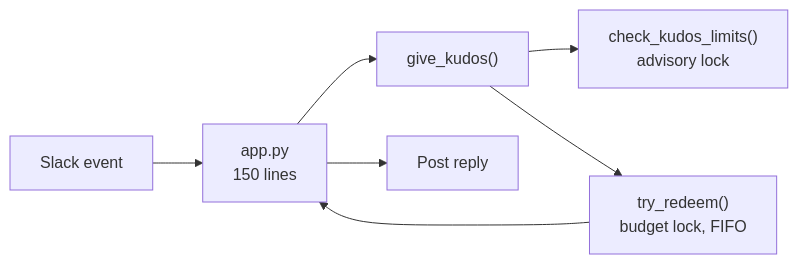
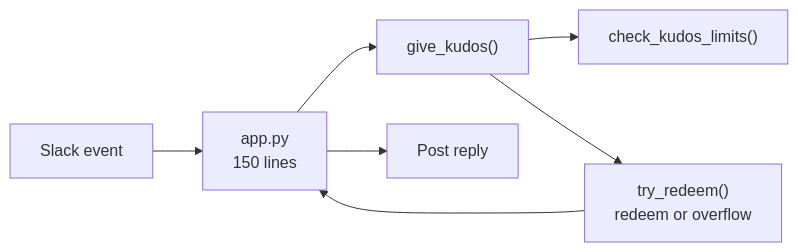
Before and after one commit to samanklesaria/kudos-bot: the fourth of 5 diagrams in presentation/slideshow.md, drawn with Mermaid. The commit also changed other lines of this file and 17 other files, not shown here.

````diff
--- a/presentation/slideshow.md
+++ b/presentation/slideshow.md
@@ -73,9 +73,9 @@
 ```mermaid
 graph LR
     S["Slack event"] --> A["app.py<br>150 lines"]
     A --> GK["give_kudos()"]
-    GK --> CL["check_kudos_limits()<br>advisory lock"]
-    GK --> TR["try_redeem()<br>budget lock, FIFO"]
+    GK --> CL["check_kudos_limits()"]
+    GK --> TR["try_redeem()<br>redeem or overflow"]
     TR --> A
     A --> Reply["Post reply"]
 ```
````
